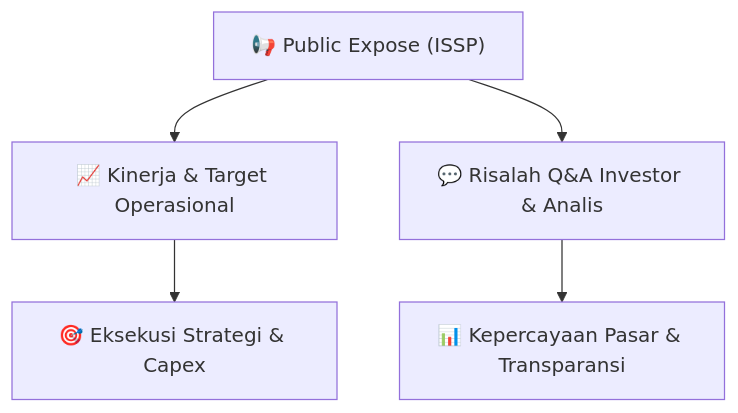
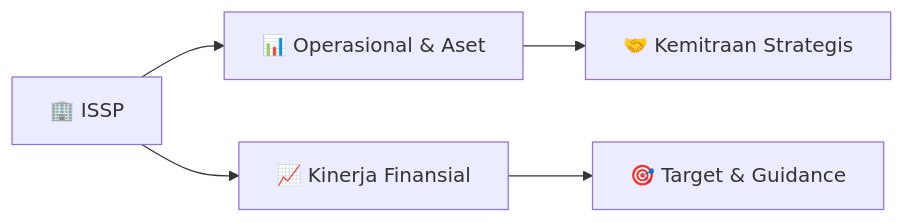
Before and after one commit to anYoneo/alphadigest-idx: the diagram in reports/summaries/public-exposes/informasi-pubex/ISSP_Public_Expose_20260902.md, drawn with Mermaid. The commit also changed other lines of this file and 526 other files, not shown here.

````diff
--- a/reports/summaries/public-exposes/informasi-pubex/ISSP_Public_Expose_20260902.md
+++ b/reports/summaries/public-exposes/informasi-pubex/ISSP_Public_Expose_20260902.md
@@ -18,7 +140,7 @@
 ```mermaid
-flowchart TD
-    A["📢 Public Expose (ISSP)"] --> B["📈 Kinerja & Target Operasional"]
-    A --> C["💬 Risalah Q&A Investor & Analis"]
-    B --> D["🎯 Eksekusi Strategi & Capex"]
-    C --> E["📊 Kepercayaan Pasar & Transparansi"]
+flowchart LR
+    A["🏢 ISSP"] --> B["📊 Operasional & Aset"]
+    A --> C["📈 Kinerja Finansial"]
+    B --> D["🤝 Kemitraan Strategis"]
+    C --> E["🎯 Target & Guidance"]
 ```
````
